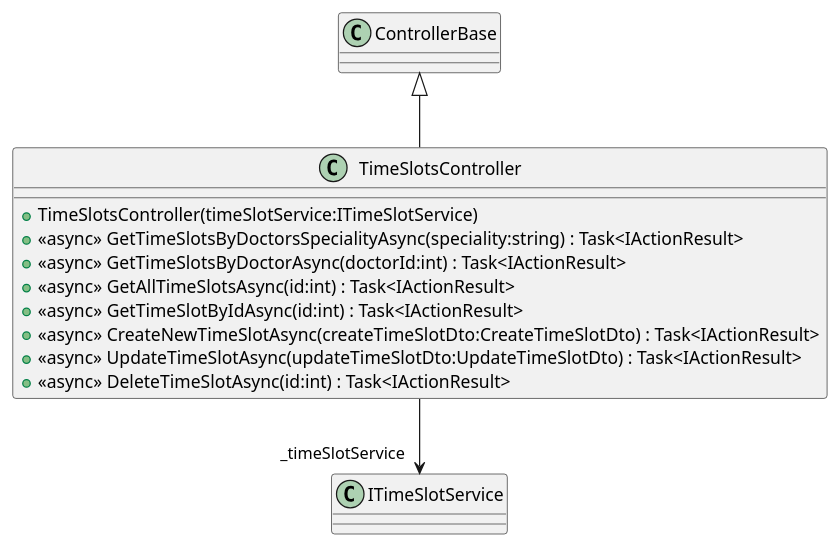
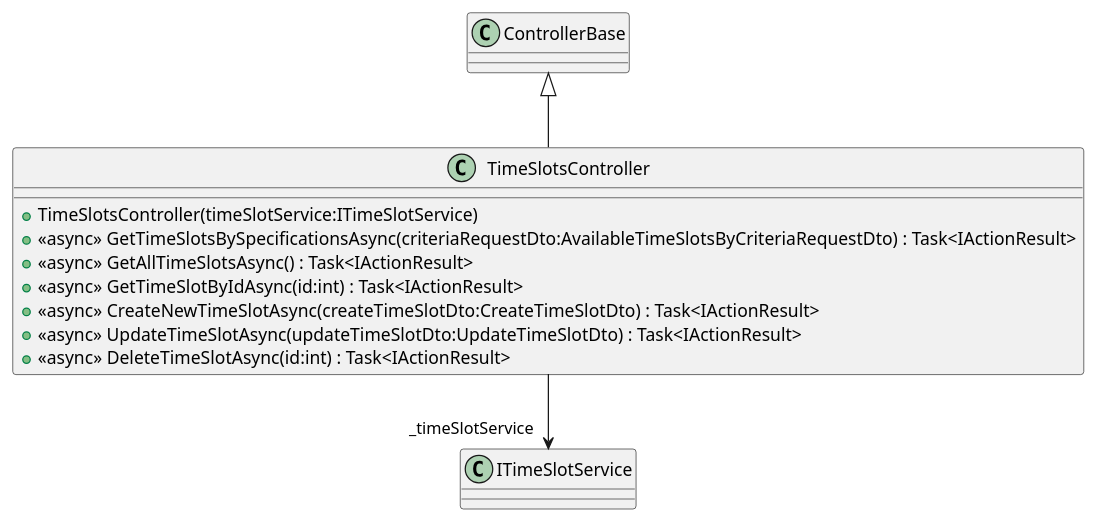
One commit to DenysMalanichev/HospitalRegistrar changed the diagram in UML/HospitalRegistrar.WebAPI/Controllers/TimeSlotsController.puml. Above: the diagram before and after it, drawn with PlantUML. The commit also changed 49 other files, not shown here.

```diff
--- a/UML/HospitalRegistrar.WebAPI/Controllers/TimeSlotsController.puml
+++ b/UML/HospitalRegistrar.WebAPI/Controllers/TimeSlotsController.puml
@@ -1,14 +1,13 @@
 @startuml
 class TimeSlotsController {
     + TimeSlotsController(timeSlotService:ITimeSlotService)
-    + <<async>> GetTimeSlotsByDoctorsSpecialityAsync(speciality:string) : Task<IActionResult>
-    + <<async>> GetTimeSlotsByDoctorAsync(doctorId:int) : Task<IActionResult>
-    + <<async>> GetAllTimeSlotsAsync(id:int) : Task<IActionResult>
+    + <<async>> GetTimeSlotsBySpecificationsAsync(criteriaRequestDto:AvailableTimeSlotsByCriteriaRequestDto) : Task<IActionResult>
+    + <<async>> GetAllTimeSlotsAsync() : Task<IActionResult>
     + <<async>> GetTimeSlotByIdAsync(id:int) : Task<IActionResult>
     + <<async>> CreateNewTimeSlotAsync(createTimeSlotDto:CreateTimeSlotDto) : Task<IActionResult>
     + <<async>> UpdateTimeSlotAsync(updateTimeSlotDto:UpdateTimeSlotDto) : Task<IActionResult>
     + <<async>> DeleteTimeSlotAsync(id:int) : Task<IActionResult>
 }
 ControllerBase <|-- TimeSlotsController
 TimeSlotsController --> "_timeSlotService" ITimeSlotService
 @enduml
```
